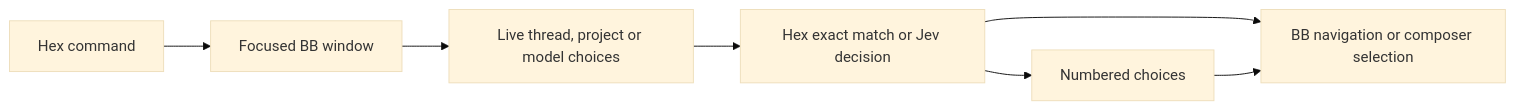
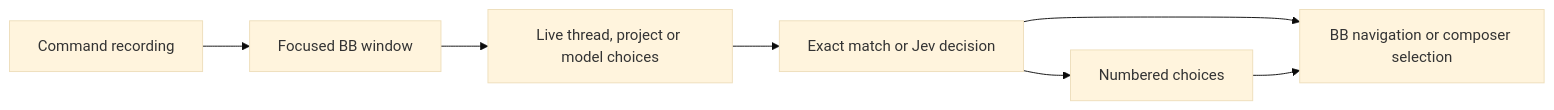
The second of 2 diagrams in src/bb-plugins/handsfree/README.md (connorads/dotfiles), drawn with Mermaid (base theme) before and after one commit. The commit also changed other lines of this file, not shown here.

First line of the commit message:
Describe the Hex 3 command recorder in the Handsfree README

````diff
--- a/src/bb-plugins/handsfree/README.md
+++ b/src/bb-plugins/handsfree/README.md
@@ -234,9 +234,9 @@
 ```mermaid
 flowchart LR
-  Hex[Hex command] --> Bridge[Focused BB window]
+  Pedal[Command recording] --> Bridge[Focused BB window]
   Bridge --> Choices[Live thread, project or model choices]
-  Choices --> Match[Hex exact match or Jev decision]
+  Choices --> Match[Exact match or Jev decision]
   Match --> Action[BB navigation or composer selection]
   Match --> Card[Numbered choices]
   Card --> Action
 ```
````
